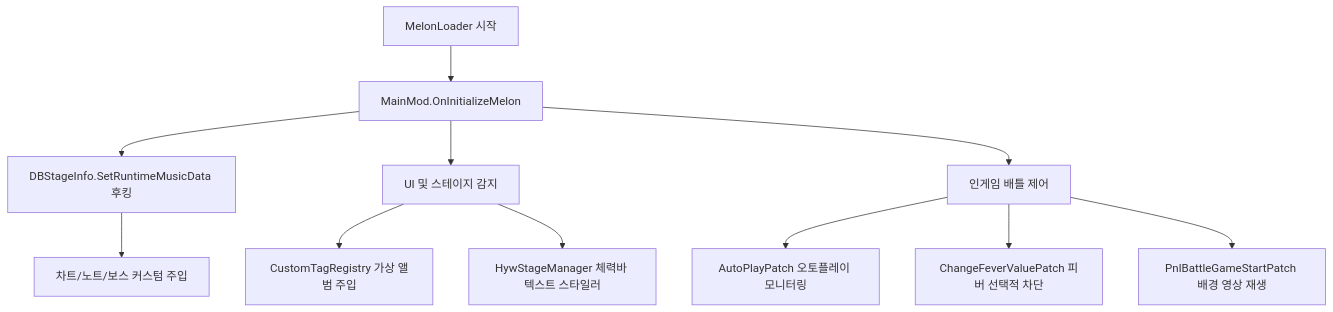
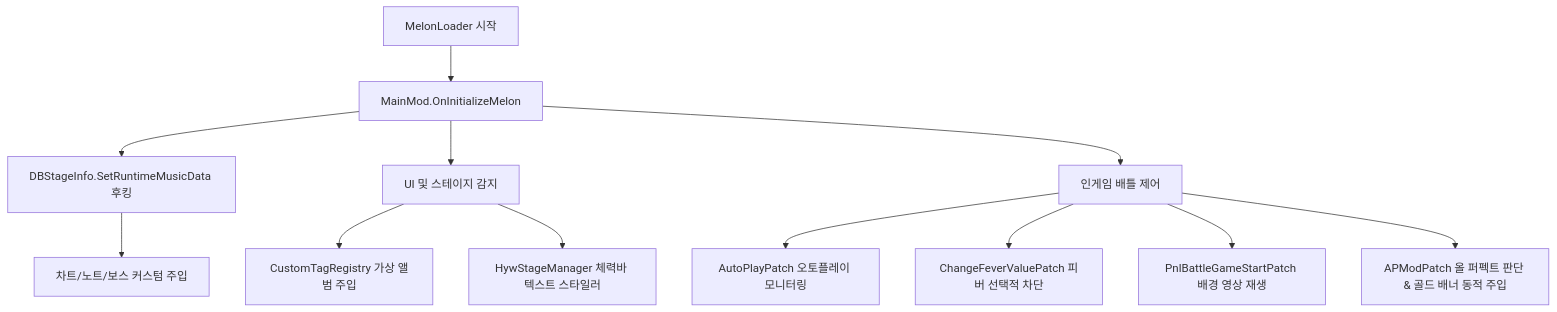
One commit to magjangin/muse-dash-test changed the diagram in docs/CODE_REFERENCE.md. Above: the diagram before and after it, drawn with Mermaid. The commit also changed other lines of this file and 14 other files, not shown here.

````diff
--- a/docs/CODE_REFERENCE.md
+++ b/docs/CODE_REFERENCE.md
@@ -11,15 +11,16 @@
 ```mermaid
 graph TD
     MelonLoader[MelonLoader 시작] --> MainMod[MainMod.OnInitializeMelon]
     MainMod --> HookStage[DBStageInfo.SetRuntimeMusicData 후킹]
     HookStage --> NoteExp[차트/노트/보스 커스텀 주입]
     
     MainMod --> HookUI[UI 및 스테이지 감지]
     HookUI --> CustomTag[CustomTagRegistry 가상 앨범 주입]
     HookUI --> HpTextMod[HywStageManager 체력바 텍스트 스타일러]
     
     MainMod --> HookBattle[인게임 배틀 제어]
     HookBattle --> AutoPlay[AutoPlayPatch 오토플레이 모니터링]
     HookBattle --> FeverCtrl[ChangeFeverValuePatch 피버 선택적 차단]
     HookBattle --> VideoPlay[PnlBattleGameStartPatch 배경 영상 재생]
+    HookBattle --> APMod[APModPatch 올 퍼펙트 판단 & 골드 배너 동적 주입]
 ```
````
